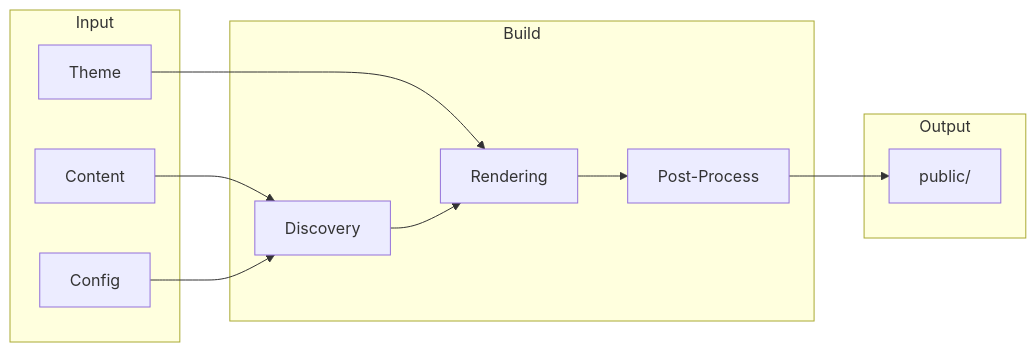
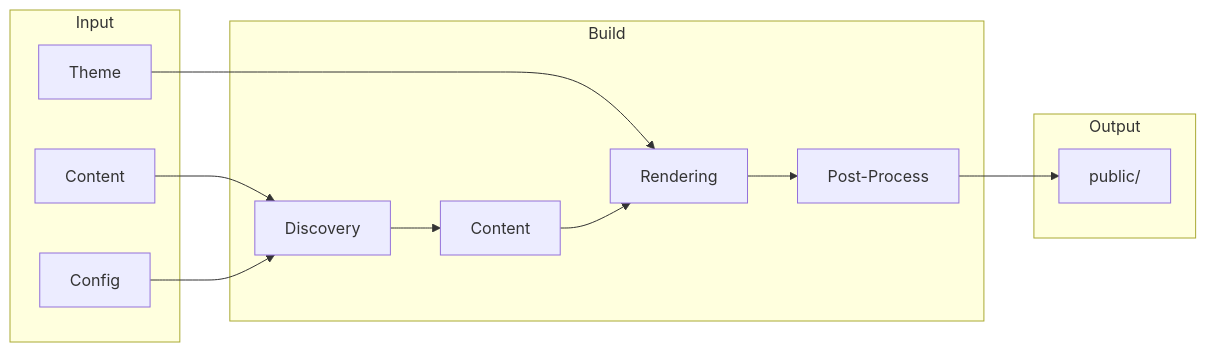
Before and after one commit to lbliii/bengal: the diagram in site/content/docs/building/_index.md, drawn with Mermaid. The commit also changed other lines of this file and 2 other files, not shown here.

````diff
--- a/site/content/docs/building/_index.md
+++ b/site/content/docs/building/_index.md
@@ -23,25 +23,27 @@
 ```mermaid
 flowchart LR
     subgraph Input
         A[Content]
         B[Config]
         C[Theme]
     end
 
     subgraph Build
         D[Discovery]
-        E[Rendering]
-        F[Post-Process]
+        E[Content]
+        F[Rendering]
+        G[Post-Process]
     end
 
     subgraph Output
-        G[public/]
+        H[public/]
     end
 
     A --> D
     B --> D
-    C --> E
     D --> E
+    C --> F
     E --> F
     F --> G
+    G --> H
 ```
````
